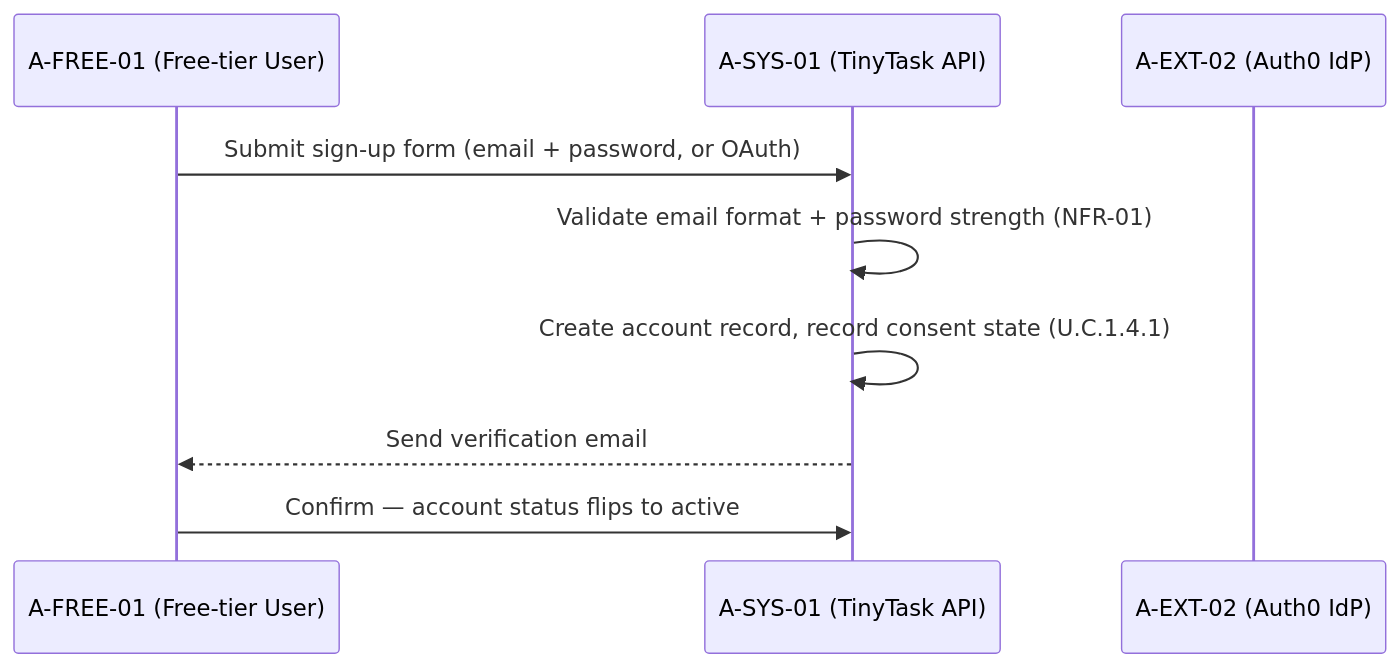
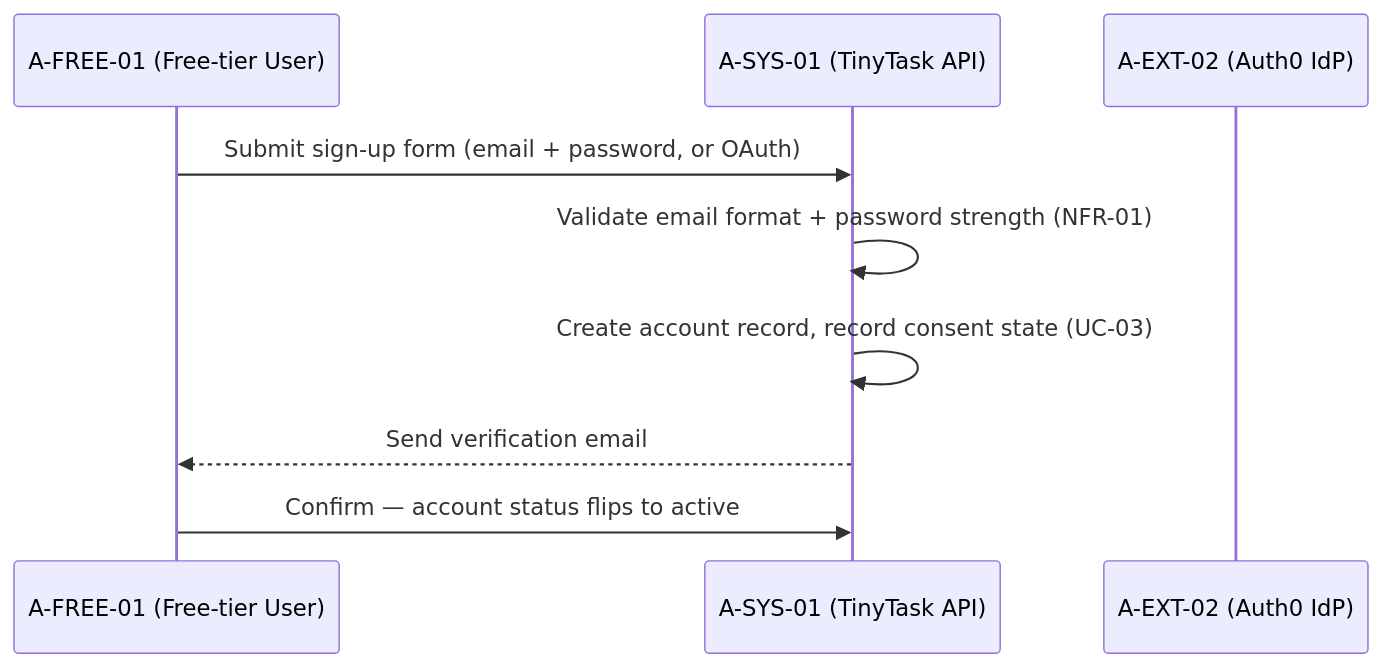
Before and after one commit to pauloribeiro16/Methodology_compact: the first of 23 diagrams in 02_CASES/Case_01_TinyTask_SaaS/03_PHASE3_DECOMPOSITION_RICH/annexes/B_Sequence_Diagrams.md, drawn with Mermaid. The commit also changed other lines of this file and 34 other files, not shown here.

Commit message:
[EXECUTOR] F2 RENUMBER Case_01: U.C.x.y.z flattened → UC-01..40 (compliance 01..17 + product 18..40), two-phase, 20 files, xlsx+builder regenerated, 11 SVGs re-rendered; gates PASS (verify_rich 0, audit 100%, mermaid 192/192, smoke 16/16)

````diff
--- a/02_CASES/Case_01_TinyTask_SaaS/03_PHASE3_DECOMPOSITION_RICH/annexes/B_Sequence_Diagrams.md
+++ b/02_CASES/Case_01_TinyTask_SaaS/03_PHASE3_DECOMPOSITION_RICH/annexes/B_Sequence_Diagrams.md
@@ -19,11 +20,11 @@
 ```mermaid
 sequenceDiagram
     participant U as A-FREE-01 (Free-tier User)
     participant SYS as A-SYS-01 (TinyTask API)
     participant IdP as A-EXT-02 (Auth0 IdP)
     U->>SYS: Submit sign-up form (email + password, or OAuth)
     SYS->>SYS: Validate email format + password strength (NFR-01)
-    SYS->>SYS: Create account record, record consent state (U.C.1.4.1)
+    SYS->>SYS: Create account record, record consent state (UC-03)
     SYS-->>U: Send verification email
     U->>SYS: Confirm — account status flips to active
 ```
````
